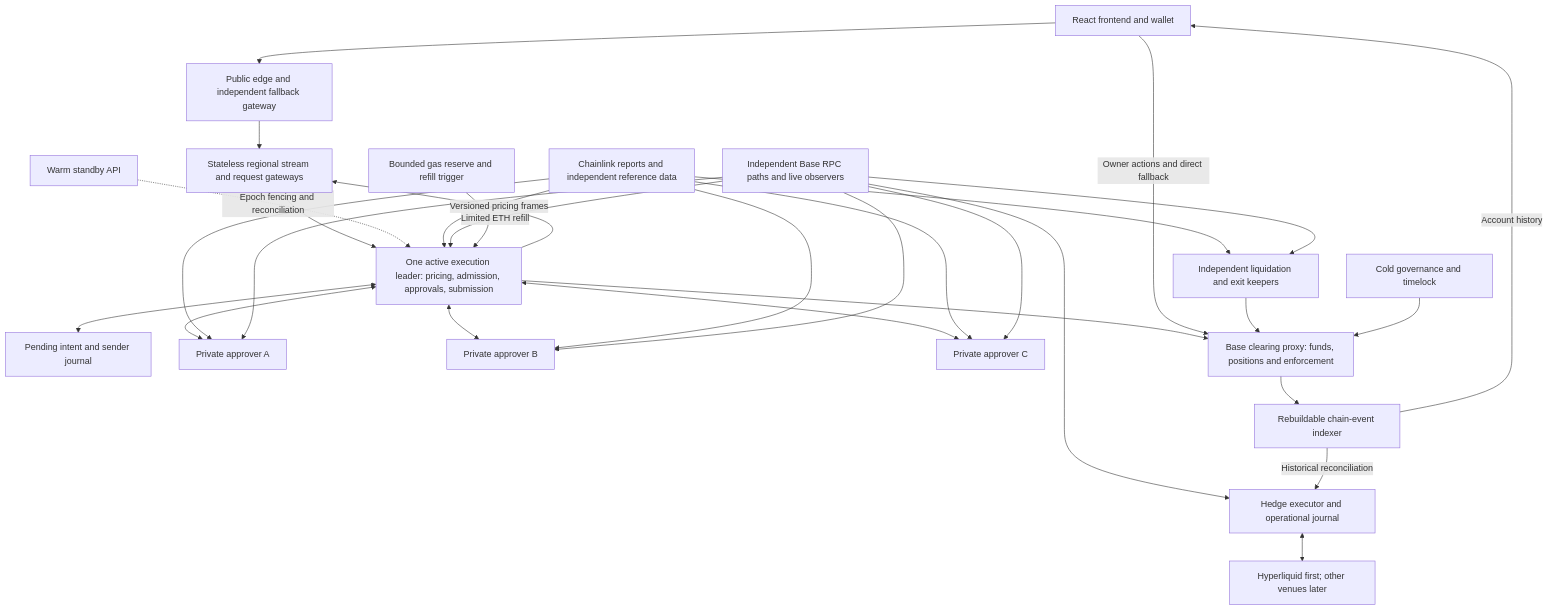
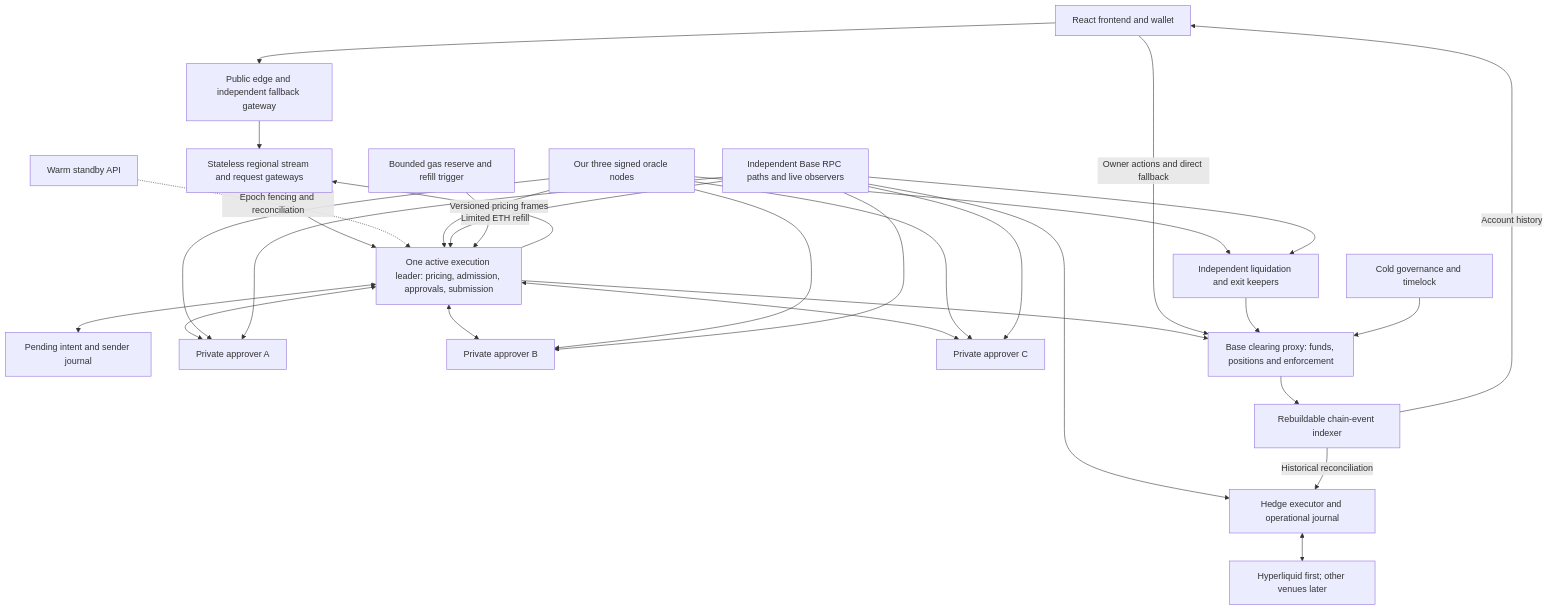
Before and after one commit to arthurtouble/rfqmarkets: the diagram in docs/architecture/overview.md, drawn with Mermaid. The commit also changed other lines of this file and 144 other files, not shown here.

First line of the commit message:
Our own price oracle and an on-chain market registry (#20)

````diff
--- a/docs/architecture/overview.md
+++ b/docs/architecture/overview.md
@@ -15,49 +15,49 @@
 ```mermaid
 flowchart TB
     U[React frontend and wallet]
     E[Public edge and independent fallback gateway]
     GW[Stateless regional stream and request gateways]
     API[One active execution leader: pricing, admission, approvals, submission]
     ST[Warm standby API]
     J[Pending intent and sender journal]
     A[Private approver A]
     B[Private approver B]
     C[Private approver C]
-    O[Chainlink reports and independent reference data]
+    O[Our three signed oracle nodes]
     RPC[Independent Base RPC paths and live observers]
     CH[Base clearing proxy: funds, positions and enforcement]
     P[Rebuildable chain-event indexer]
     H[Hedge executor and operational journal]
     V[Hyperliquid first; other venues later]
     K[Independent liquidation and exit keepers]
     G[Cold governance and timelock]
     GAS[Bounded gas reserve and refill trigger]
 
     U --> E --> GW --> API
     API -->|Versioned pricing frames| GW
     ST -. Epoch fencing and reconciliation .-> API
     API <--> J
     API <--> A
     API <--> B
     API <--> C
     O --> API
     O --> A
     O --> B
     O --> C
     O --> K
     RPC --> API
     RPC --> A
     RPC --> B
     RPC --> C
     RPC --> H
     RPC --> K
     API --> CH
     U -->|Owner actions and direct fallback| CH
     CH --> P
     P -->|Account history| U
     P -->|Historical reconciliation| H
     H <--> V
     K --> CH
     G --> CH
     GAS -->|Limited ETH refill| API
 ```
````
